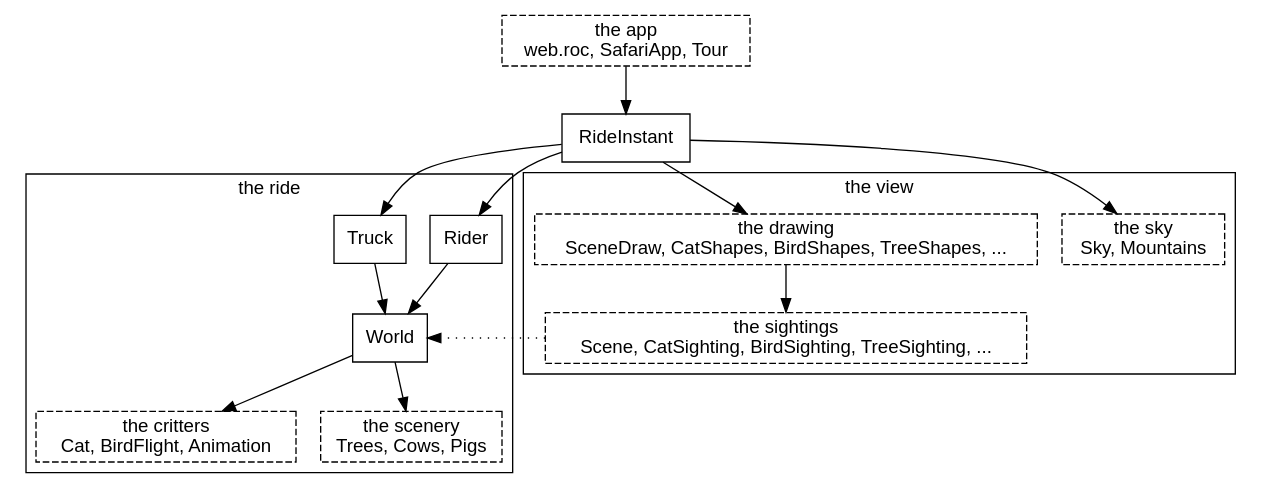
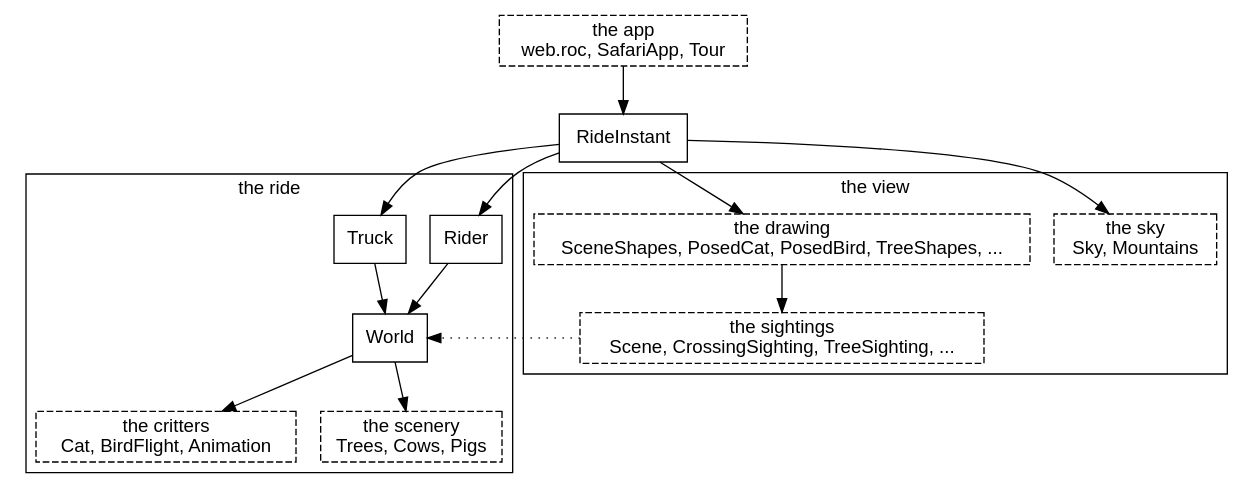
The second of 35 diagrams in canvas_apps/safari/tutorial/tutorial.md (showell/roc-apps), drawn with Graphviz before and after one commit. The commit also changed other lines of this file and 3 other files, not shown here.

First line of the commit message:
safari book_names: the diagrams' node names are checked too

````diff
--- a/canvas_apps/safari/tutorial/tutorial.md
+++ b/canvas_apps/safari/tutorial/tutorial.md
@@ -89,30 +89,30 @@
 ```dot
 digraph system {
   node [shape=box, fontname="Helvetica"];
   fontname="Helvetica";
   app [label="the app\nweb.roc, SafariApp, Tour", style=dashed];
   subgraph cluster_ride {
     label="the ride";
     Rider; Truck; World;
     critters [label="the critters\nCat, BirdFlight, Animation", style=dashed];
     scenery [label="the scenery\nTrees, Cows, Pigs", style=dashed];
   }
   subgraph cluster_view {
     label="the view";
     sky [label="the sky\nSky, Mountains", style=dashed];
-    drawing [label="the drawing\nSceneDraw, CatShapes, BirdShapes, TreeShapes, ...", style=dashed];
-    sightings [label="the sightings\nScene, CatSighting, BirdSighting, TreeSighting, ...", style=dashed];
+    drawing [label="the drawing\nSceneShapes, PosedCat, PosedBird, TreeShapes, ...", style=dashed];
+    sightings [label="the sightings\nScene, CrossingSighting, TreeSighting, ...", style=dashed];
   }
   app -> RideInstant;
   RideInstant -> Rider;
   RideInstant -> Truck;
   Rider -> World;
   Truck -> World;
   World -> critters;
   World -> scenery;
   RideInstant -> sky;
   RideInstant -> drawing;
   drawing -> sightings;
   sightings -> World [style=dotted, constraint=false];
 }
 ```
````
